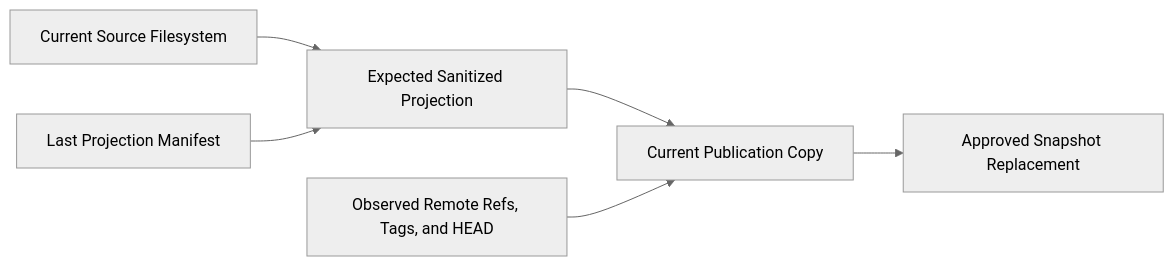
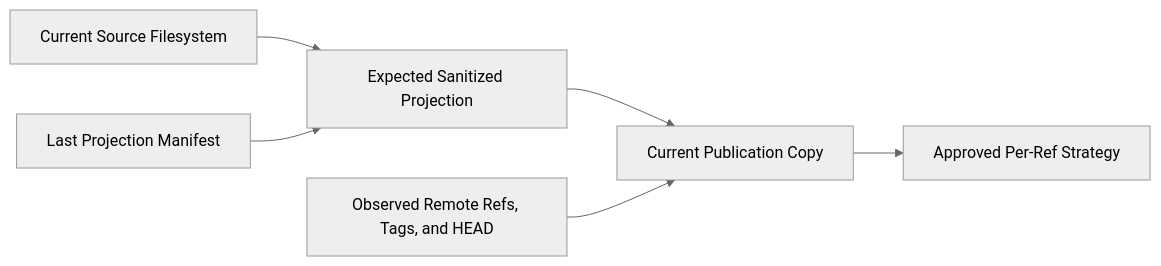
The diagram in docs/manual/topic-workspace-git.md (CodeGandee/isomer-labs), drawn with Mermaid (neutral theme) before and after one commit. The commit also changed other lines of this file and 42 other files, not shown here.

````diff
--- a/docs/manual/topic-workspace-git.md
+++ b/docs/manual/topic-workspace-git.md
@@ -116,8 +116,8 @@
 ```mermaid
 flowchart LR
     S[Current Source Filesystem] --> E[Expected Sanitized Projection]
     L[Last Projection Manifest] --> E
     E --> C[Current Publication Copy]
     R[Observed Remote Refs, Tags, and HEAD] --> C
-    C --> P[Approved Snapshot Replacement]
+    C --> P[Approved Per-Ref Strategy]
 ```
````
